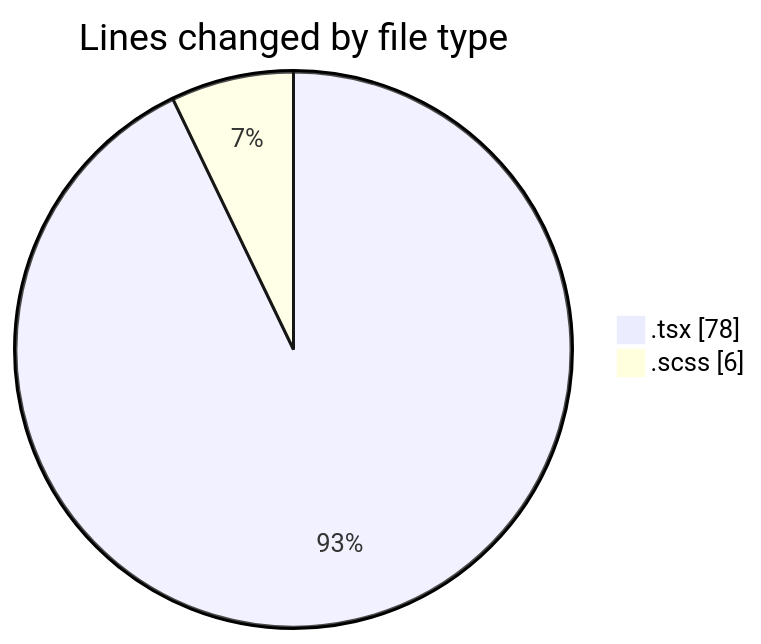
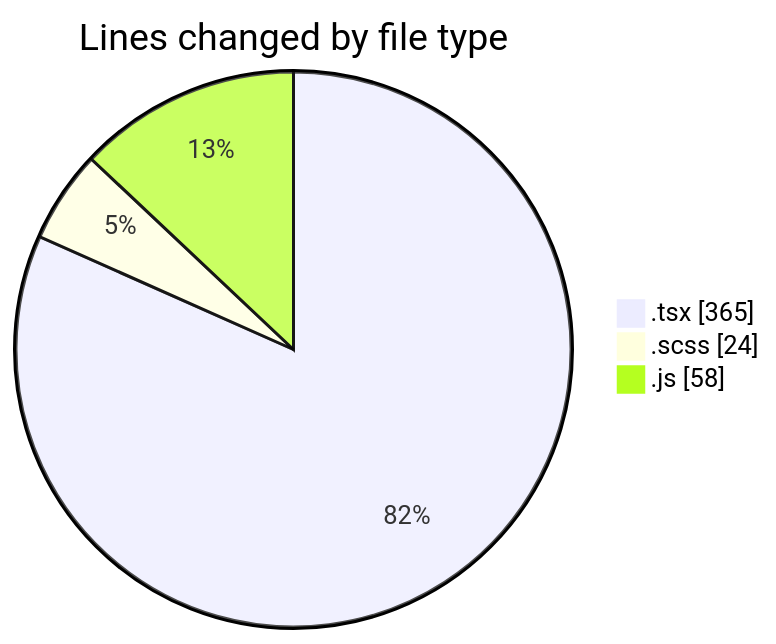
The first of 2 diagrams in 2025-05-02/cda/README.md (momahboobian/code-tracking), drawn with Mermaid before and after one commit. The commit also changed other lines of this file and 1 other file, not shown here.

````diff
--- a/2025-05-02/cda/README.md
+++ b/2025-05-02/cda/README.md
@@ -22,6 +23,7 @@
 ```mermaid
 pie showData
 title Lines changed by file type
-".tsx" : 78
-".scss" : 6
+".tsx" : 365
+".scss" : 24
+".js" : 58
 ```
````
